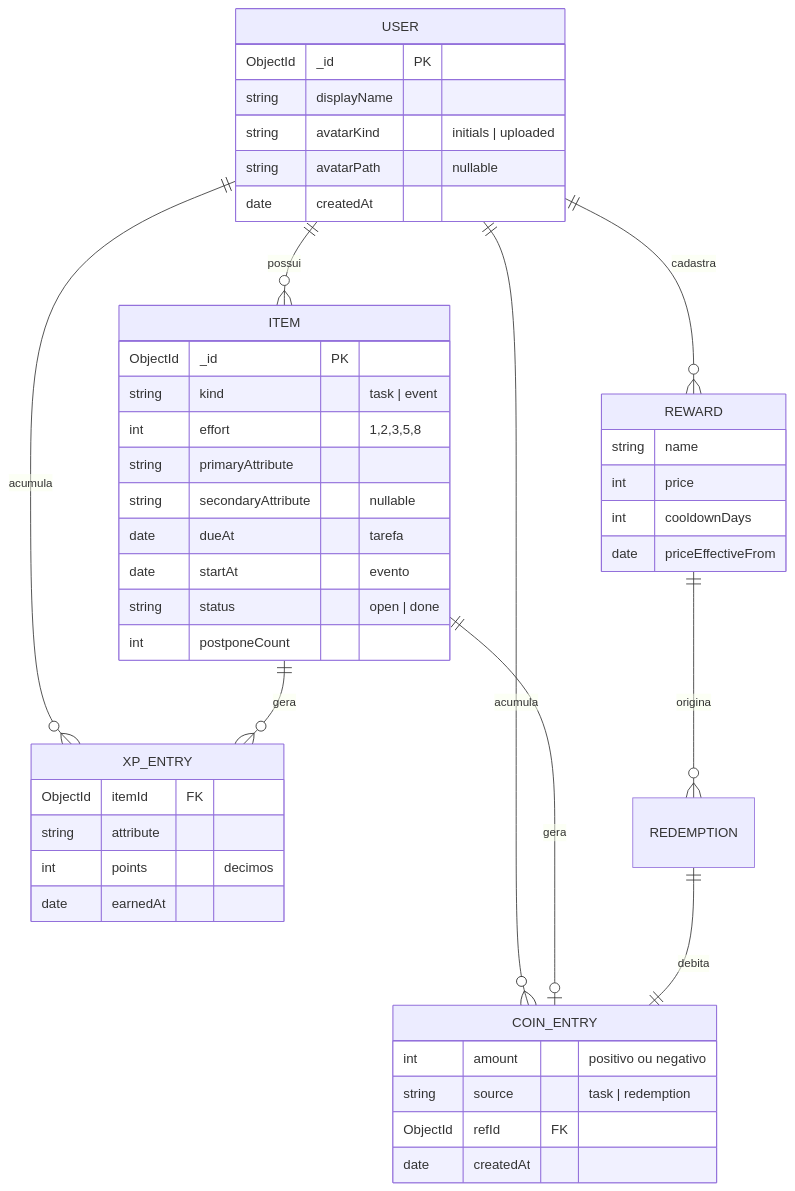
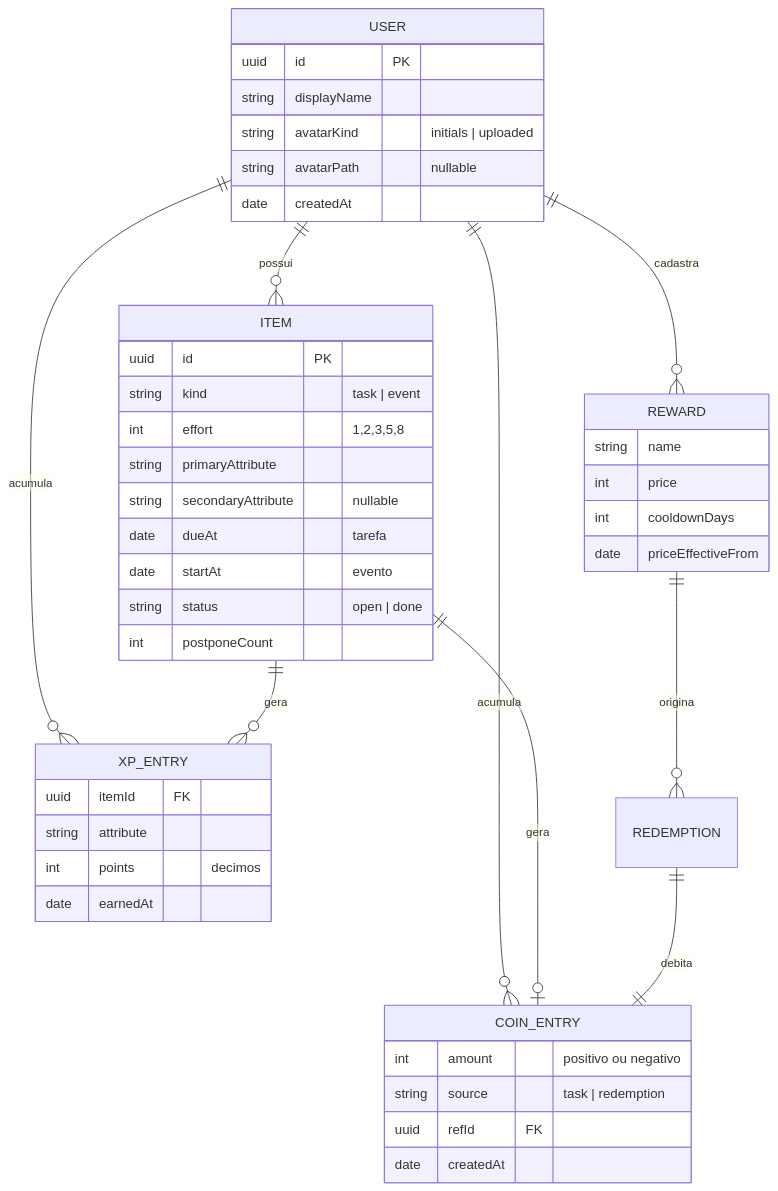
Before and after one commit to dioguit0s/compassoApp: the first of 4 diagrams in docs/especificacao-tecnica-v1.md, drawn with Mermaid. The commit also changed other lines of this file and 3 other files, not shown here.

````diff
--- a/docs/especificacao-tecnica-v1.md
+++ b/docs/especificacao-tecnica-v1.md
@@ -195,48 +195,48 @@
 ```mermaid
 erDiagram
     USER ||--o{ ITEM : possui
     USER ||--o{ REWARD : cadastra
     USER ||--o{ XP_ENTRY : acumula
     USER ||--o{ COIN_ENTRY : acumula
     ITEM ||--o{ XP_ENTRY : gera
     ITEM ||--o| COIN_ENTRY : gera
     REWARD ||--o{ REDEMPTION : origina
     REDEMPTION ||--|| COIN_ENTRY : debita
 
     USER {
-        ObjectId _id PK
+        uuid id PK
         string displayName
         string avatarKind "initials | uploaded"
         string avatarPath "nullable"
         date createdAt
     }
     ITEM {
-        ObjectId _id PK
+        uuid id PK
         string kind "task | event"
         int effort "1,2,3,5,8"
         string primaryAttribute
         string secondaryAttribute "nullable"
         date dueAt "tarefa"
         date startAt "evento"
         string status "open | done"
         int postponeCount
     }
     XP_ENTRY {
-        ObjectId itemId FK
+        uuid itemId FK
         string attribute
         int points "decimos"
         date earnedAt
     }
     COIN_ENTRY {
         int amount "positivo ou negativo"
         string source "task | redemption"
-        ObjectId refId FK
+        uuid refId FK
         date createdAt
     }
     REWARD {
         string name
         int price
         int cooldownDays
         date priceEffectiveFrom
     }
 ```
````
